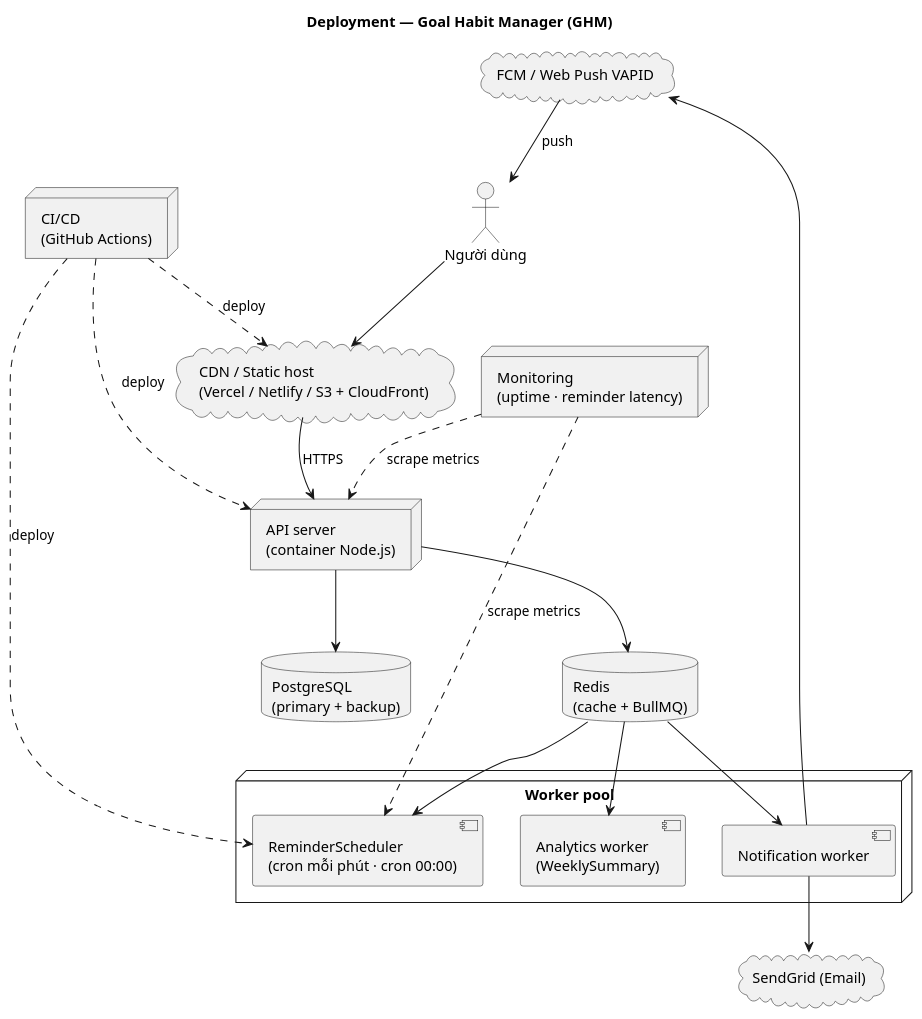
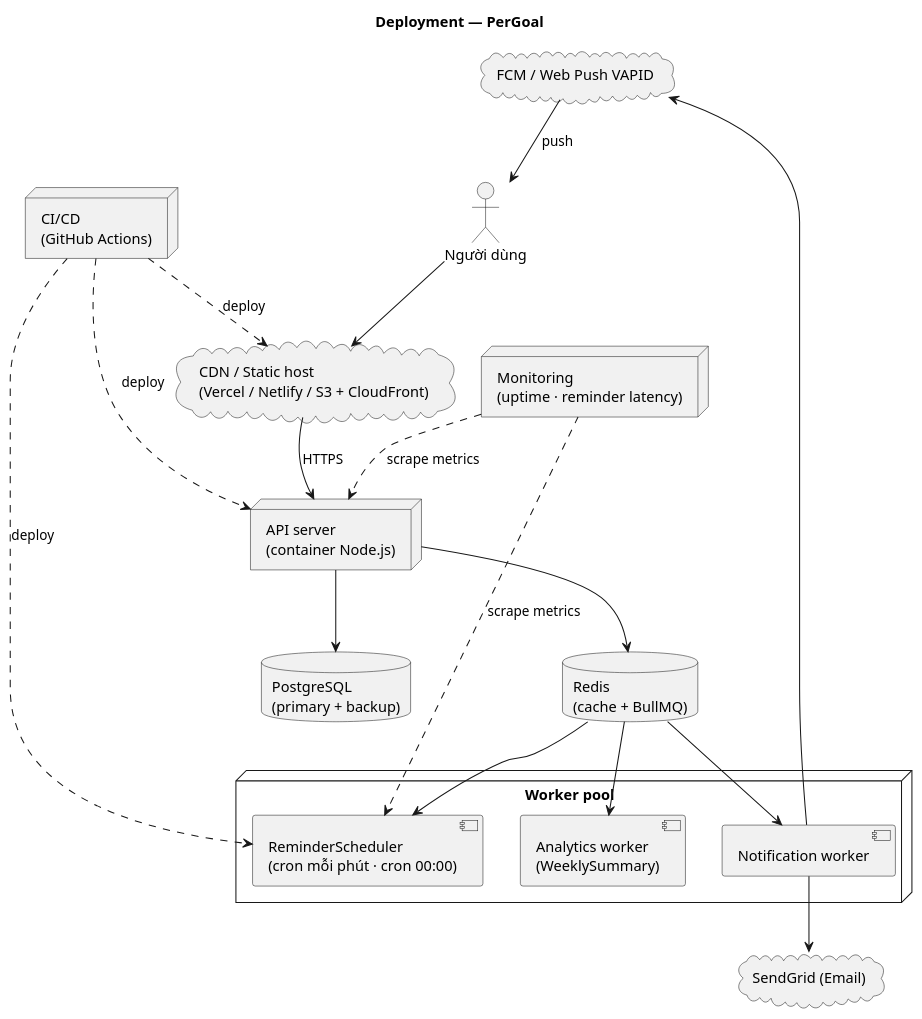
The eighth of 10 diagrams in graphify-out/workflow/05-kien-truc-va-van-hanh.md (Musual-Moncra/MH-OOAD), drawn with PlantUML before and after one commit. The commit also changed other lines of this file and 11 other files, not shown here.

Commit message:
Rename project to PerGoal and remove General Markdown.md

````diff
--- a/graphify-out/workflow/05-kien-truc-va-van-hanh.md
+++ b/graphify-out/workflow/05-kien-truc-va-van-hanh.md
@@ -611,38 +611,38 @@
 ```plantuml
 @startuml
-title Deployment — Goal Habit Manager (GHM)
+title Deployment — PerGoal
 
 actor "Người dùng" as U
 cloud "CDN / Static host\n(Vercel / Netlify / S3 + CloudFront)" as CDN
 node "API server\n(container Node.js)" as API
 database "PostgreSQL\n(primary + backup)" as PG
 database "Redis\n(cache + BullMQ)" as RD
 
 node "Worker pool" {
   component "ReminderScheduler\n(cron mỗi phút · cron 00:00)" as W1
   component "Notification worker" as W2
   component "Analytics worker\n(WeeklySummary)" as W3
 }
 
 cloud "FCM / Web Push VAPID" as FCM
 cloud "SendGrid (Email)" as SG
 node "CI/CD\n(GitHub Actions)" as CI
 node "Monitoring\n(uptime · reminder latency)" as MON
 
 U --> CDN
 CDN --> API : HTTPS
 API --> PG
 API --> RD
 RD --> W1
 RD --> W2
 RD --> W3
 W2 --> FCM
 W2 --> SG
 FCM --> U : push
 CI ..> CDN : deploy
 CI ..> API : deploy
 CI ..> W1 : deploy
 MON ..> API : scrape metrics
 MON ..> W1 : scrape metrics
 @enduml
 ```
````
